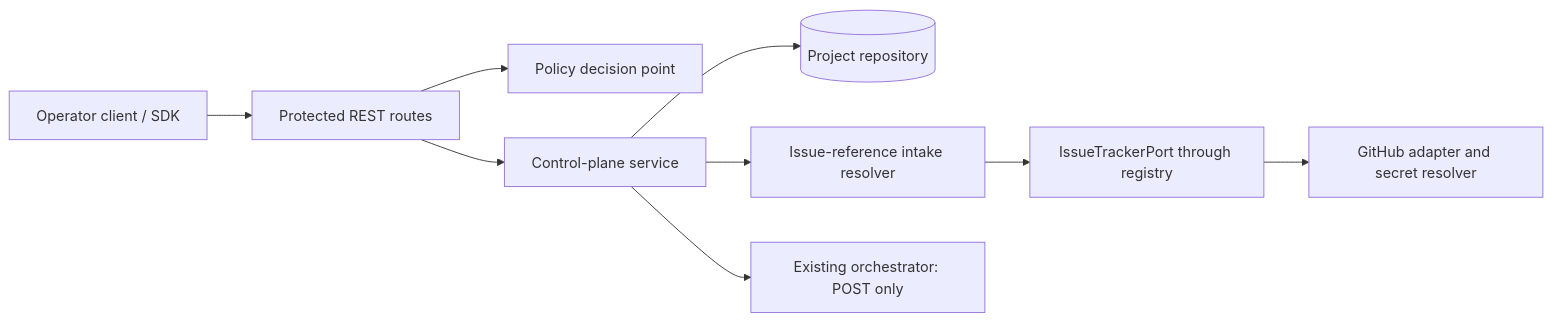
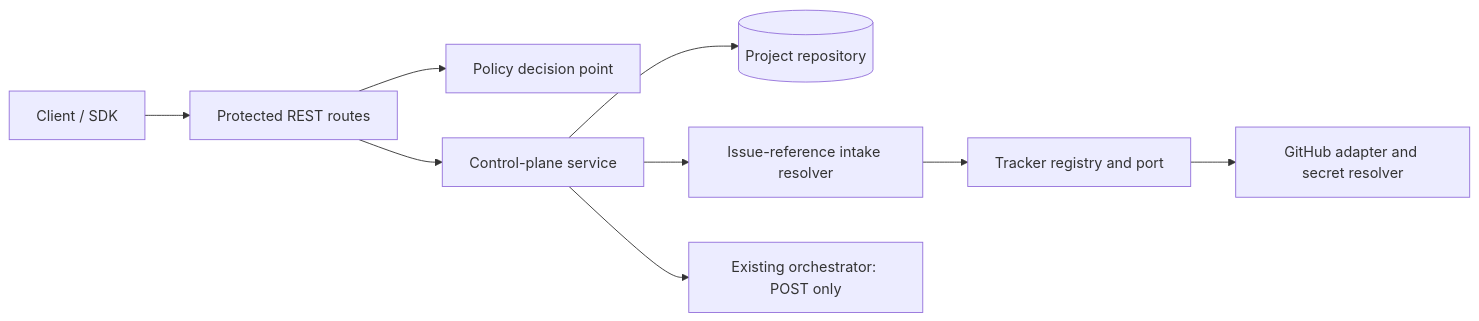
The second of 3 diagrams in context-human/specs/feature-issue-lookup-and-explicit-work-kind.md (markdstafford/autocatalyst), drawn with Mermaid before and after one commit. The commit also changed other lines of this file, not shown here.

Commit message:
docs: revise feature spec issue-lookup-and-explicit-work-kind

````diff
--- a/context-human/specs/feature-issue-lookup-and-explicit-work-kind.md
+++ b/context-human/specs/feature-issue-lookup-and-explicit-work-kind.md
@@ -105,11 +110,11 @@
 ```mermaid
 flowchart LR
-    C[Operator client / SDK] --> R[Protected REST routes]
+    C[Client / SDK] --> R[Protected REST routes]
     R --> P[Policy decision point]
     R --> S[Control-plane service]
     S --> D[(Project repository)]
     S --> I[Issue-reference intake resolver]
-    I --> T[IssueTrackerPort through registry]
+    I --> T[Tracker registry and port]
     T --> G[GitHub adapter and secret resolver]
     S --> O[Existing orchestrator: POST only]
 ```
````
